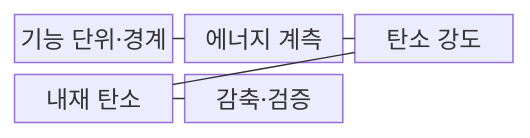
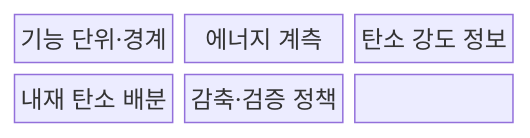
One commit to agnusdei1207/knowledge-base changed the first of 2 diagrams in src/content/docs/notes/08-latest-tech/196_green_software.md. Above: the diagram before and after it, drawn with Mermaid. The commit also changed other lines of this file and 228 other files, not shown here.

````diff
--- a/src/content/docs/notes/08-latest-tech/196_green_software.md
+++ b/src/content/docs/notes/08-latest-tech/196_green_software.md
@@ -50,13 +49,11 @@
 ```mermaid
 block-beta
   columns 3
-  A["기능 단위·경계"]
-  B["에너지 계측"]
-  C["탄소 강도"]
-  D["내재 탄소"]
-  E["감축·검증"]
-  A --- B
-  B --- C
-  C --- D
-  D --- E
+  N0["기능 단위·경계"]
+  N1["에너지 계측"]
+  N2["탄소 강도 정보"]
+  N3["내재 탄소 배분"]
+  N4["감축·검증 정책"]
+  N0 --- N1 --- N2
+  N2 --- N3 --- N4
 ```
````
